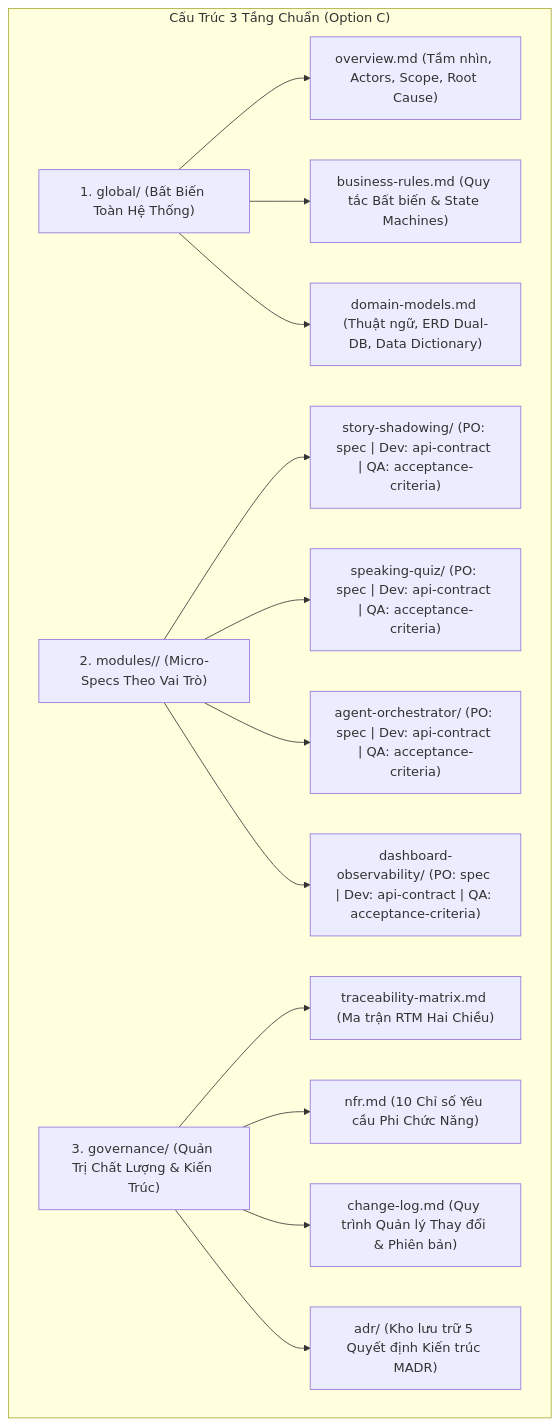
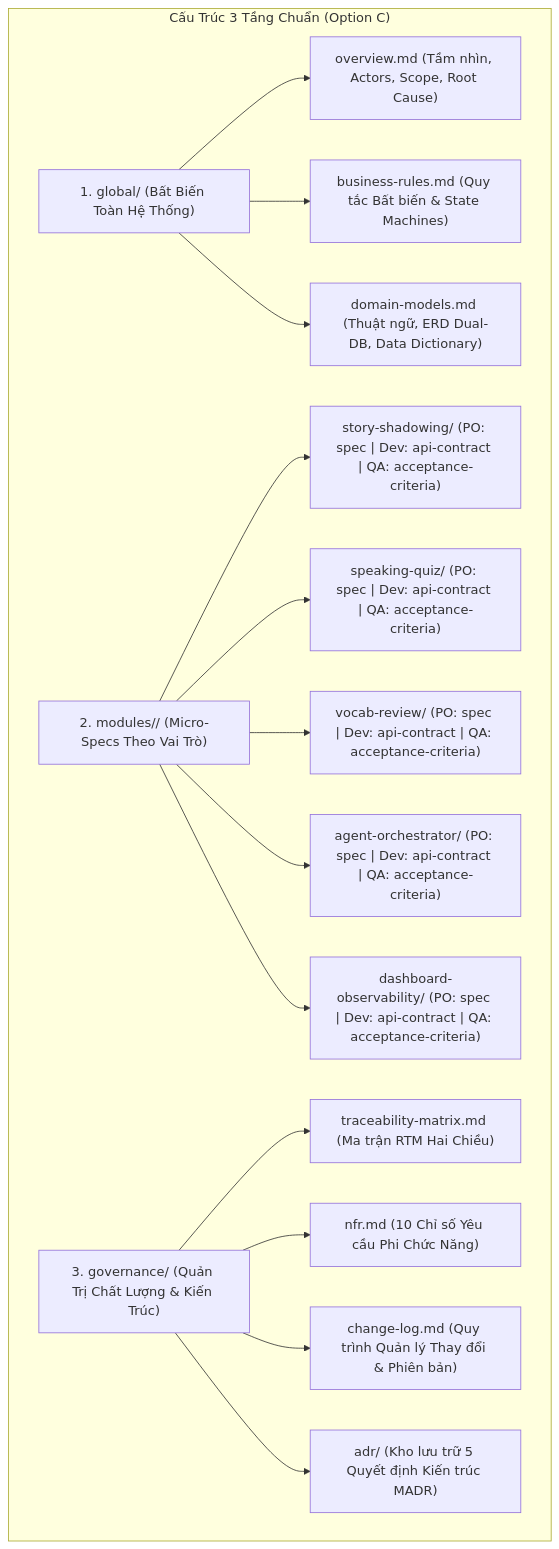
The first of 2 diagrams in requirements/README.md (vuanhtu1993/aha-mind-agents), drawn with Mermaid before and after one commit. The commit also changed other lines of this file and 9 other files, not shown here.

Commit message:
docs(requirements): add vocab-review module specs and update speaking-quiz specs

````diff
--- a/requirements/README.md
+++ b/requirements/README.md
@@ -15,18 +15,19 @@
 ```mermaid
 graph TD
     subgraph ArchitectureTree ["Cấu Trúc 3 Tầng Chuẩn (Option C)"]
         G["1. global/ (Bất Biến Toàn Hệ Thống)"] --> G1["overview.md (Tầm nhìn, Actors, Scope, Root Cause)"]
         G --> G2["business-rules.md (Quy tắc Bất biến & State Machines)"]
         G --> G3["domain-models.md (Thuật ngữ, ERD Dual-DB, Data Dictionary)"]
         
         M["2. modules/<name>/ (Micro-Specs Theo Vai Trò)"] --> M1["story-shadowing/ (PO: spec | Dev: api-contract | QA: acceptance-criteria)"]
         M --> M2["speaking-quiz/ (PO: spec | Dev: api-contract | QA: acceptance-criteria)"]
-        M --> M3["agent-orchestrator/ (PO: spec | Dev: api-contract | QA: acceptance-criteria)"]
-        M --> M4["dashboard-observability/ (PO: spec | Dev: api-contract | QA: acceptance-criteria)"]
+        M --> M3["vocab-review/ (PO: spec | Dev: api-contract | QA: acceptance-criteria)"]
+        M --> M4["agent-orchestrator/ (PO: spec | Dev: api-contract | QA: acceptance-criteria)"]
+        M --> M5["dashboard-observability/ (PO: spec | Dev: api-contract | QA: acceptance-criteria)"]
         
         Gov["3. governance/ (Quản Trị Chất Lượng & Kiến Trúc)"] --> Gov1["traceability-matrix.md (Ma trận RTM Hai Chiều)"]
         Gov --> Gov2["nfr.md (10 Chỉ số Yêu cầu Phi Chức Năng)"]
         Gov --> Gov3["change-log.md (Quy trình Quản lý Thay đổi & Phiên bản)"]
         Gov --> Gov4["adr/ (Kho lưu trữ 5 Quyết định Kiến trúc MADR)"]
     end
 ```
````
